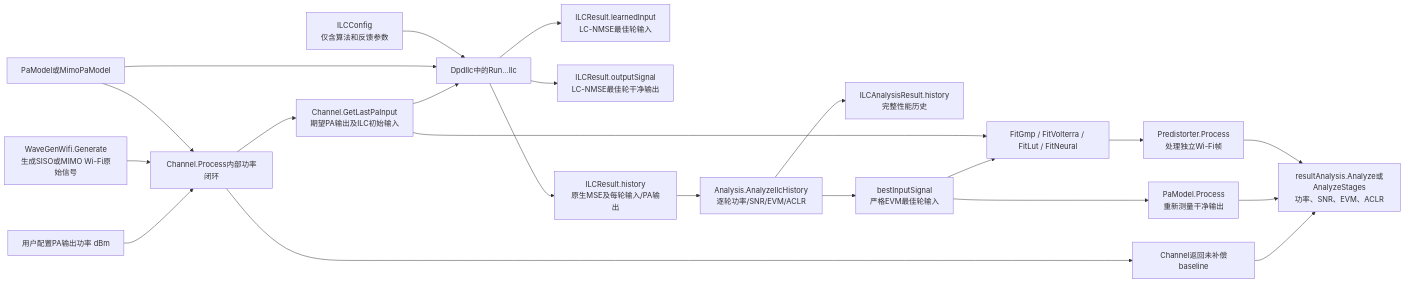
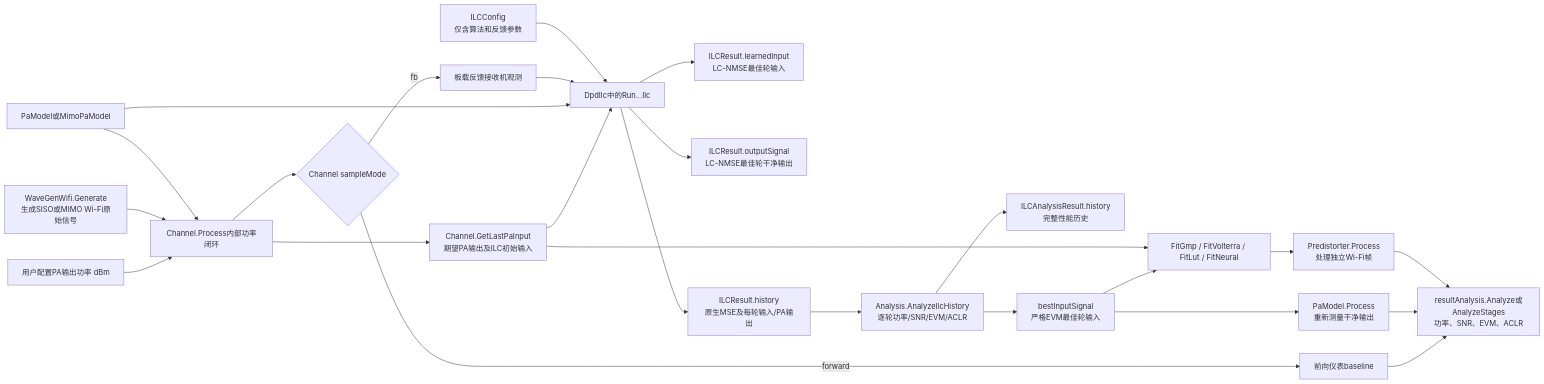
The first of 2 diagrams in doc/DpdIlc.md (niyilu45/DPD_ILC), drawn with Mermaid before and after one commit. The commit also changed other lines of this file and 16 other files, not shown here.

````diff
--- a/doc/DpdIlc.md
+++ b/doc/DpdIlc.md
@@ -26,24 +26,27 @@
 ```mermaid
 flowchart LR
     power["用户配置PA输出功率 dBm"] --> channelCalibration["Channel.Process内部功率闭环"]
     wave["WaveGenWifi.Generate<br/>生成SISO或MIMO Wi-Fi原始信号"] --> channelCalibration
     pa["PaModel或MimoPaModel"] --> channelCalibration
     channelCalibration --> reference["Channel.GetLastPaInput<br/>期望PA输出及ILC初始输入"]
-    channelCalibration --> baseline["Channel返回未补偿baseline"]
+    channelCalibration --> sampleMode{"Channel sampleMode"}
+    sampleMode -->|forward| baseline["前向仪表baseline"]
+    sampleMode -->|fb| feedback["板载反馈接收机观测"]
     reference --> ilc["DpdIlc中的Run...Ilc"]
     pa --> ilc
+    feedback --> ilc
     config["ILCConfig<br/>仅含算法和反馈参数"] --> ilc
     ilc --> learned["ILCResult.learnedInput<br/>LC-NMSE最佳轮输入"]
     ilc --> output["ILCResult.outputSignal<br/>LC-NMSE最佳轮干净输出"]
     ilc --> history["ILCResult.history<br/>原生MSE及每轮输入/PA输出"]
     history --> analysis["Analysis.AnalyzeIlcHistory<br/>逐轮功率/SNR/EVM/ACLR"]
     analysis --> analyzedHistory["ILCAnalysisResult.history<br/>完整性能历史"]
     analysis --> evmBest["bestInputSignal<br/>严格EVM最佳轮输入"]
     evmBest --> cleanOutput["PaModel.Process<br/>重新测量干净输出"]
     evmBest --> fit["FitGmp / FitVolterra / FitLut / FitNeural"]
     reference --> fit
     fit --> deploy["Predistorter.Process<br/>处理独立Wi-Fi帧"]
     baseline --> metrics["resultAnalysis.Analyze或AnalyzeStages<br/>功率、SNR、EVM、ACLR"]
     cleanOutput --> metrics
     deploy --> metrics
 ```
````
